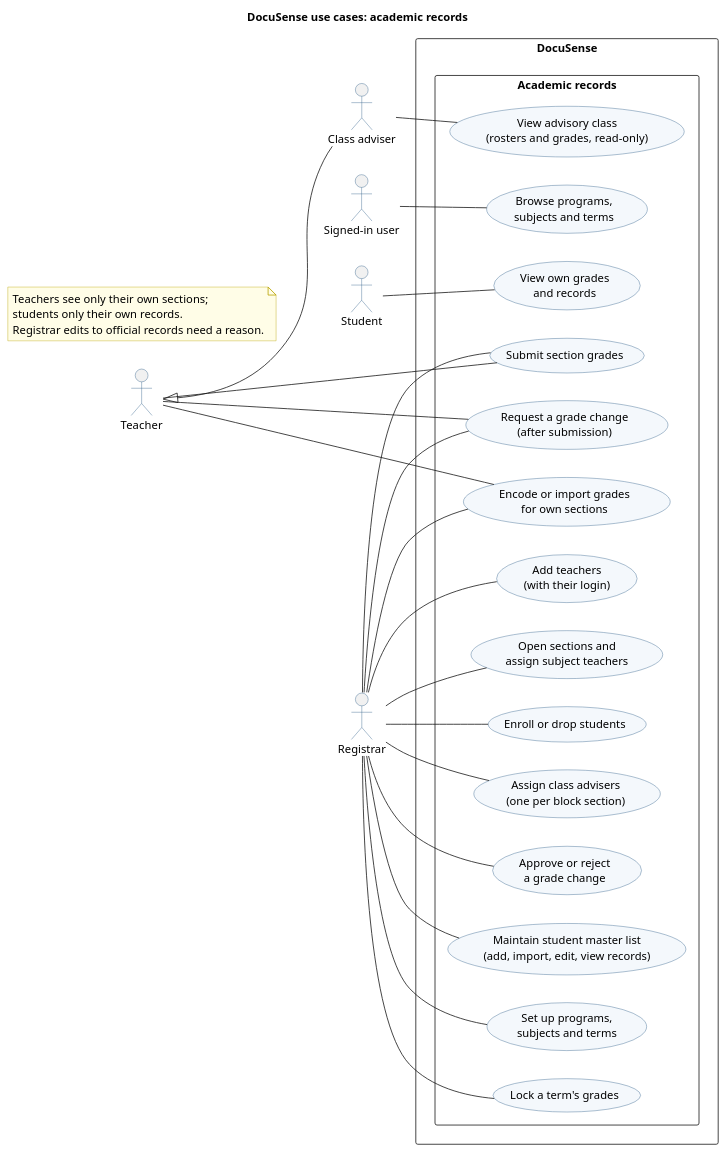
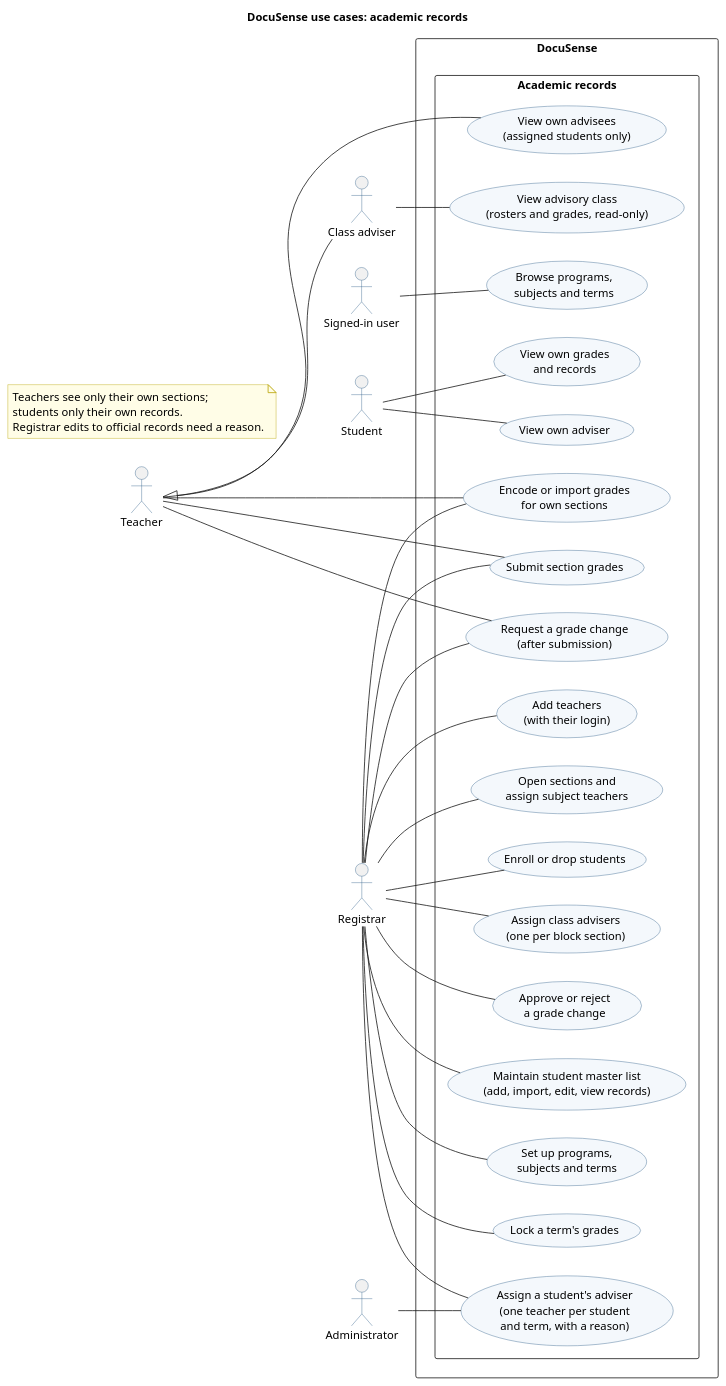
The diagram in docs/diagrams/use-cases-records.puml (docusense67/DocuSense), drawn with PlantUML before and after one commit. The commit also changed 31 other files, not shown here.

```diff
--- a/docs/diagrams/use-cases-records.puml
+++ b/docs/diagrams/use-cases-records.puml
@@ -1,87 +1,98 @@
 @startuml use-cases-records
 ' Use cases: academic records. Detail of the "records" package in use-cases.puml.
 '
 ' "' @routes <alias>: <METHOD path> | ..." lists the API routes behind a use case.
 ' backend/tests/test_use_case_diagram.py checks every actor link against
 ' backend/tests/test_access_matrix.py: edit both together.
 ' A use case that <<extend>>s another is also performed by that use case's actors.
 title DocuSense use cases: academic records
 left to right direction
 skinparam defaultFontSize 14
 skinparam shadowing false
 skinparam packageStyle rectangle
 skinparam usecase {
   BackgroundColor #F4F8FC
   BorderColor #2F5D8A
 }
 skinparam actor {
   BorderColor #2F5D8A
 }
 skinparam note {
   BackgroundColor #FFFDE7
   BorderColor #B8A200
 }
 
 actor "Signed-in user" as AnyUser
 actor "Student" as Student
 actor "Teacher" as Teacher
 actor "Class adviser" as Adviser
 actor "Registrar" as Registrar
+actor "Administrator" as Admin
 
 Adviser -up-|> Teacher
 
 rectangle "DocuSense" {
   package "Academic records" {
     usecase "Browse programs,\nsubjects and terms" as R_CATALOG
     ' @routes R_CATALOG: GET /api/programs | GET /api/subjects | GET /api/terms
     usecase "View own grades\nand records" as R_OWN
     ' @routes R_OWN: GET /api/students/me | GET /api/students/me/records
     usecase "View advisory class\n(rosters and grades, read-only)" as R_ADVISORY
     ' @routes R_ADVISORY: GET /api/advisory
     usecase "Encode or import grades\nfor own sections" as R_GRADES
     ' @routes R_GRADES: GET /api/sections | GET /api/sections/{section_id}/enrollments | GET /api/sections/{section_id}/grades | PUT /api/sections/{section_id}/grades | POST /api/sections/{section_id}/grades/import
     usecase "Submit section grades" as R_SUBMIT
     ' @routes R_SUBMIT: POST /api/sections/{section_id}/submit
     usecase "Request a grade change\n(after submission)" as R_CHANGE
     ' @routes R_CHANGE: GET /api/grade-change-requests | POST /api/grade-change-requests
     usecase "Approve or reject\na grade change" as R_DECIDE
     ' @routes R_DECIDE: POST /api/grade-change-requests/{request_id}/approve | POST /api/grade-change-requests/{request_id}/reject
     usecase "Maintain student master list\n(add, import, edit, view records)" as R_STUDENTS
     ' @routes R_STUDENTS: GET /api/students | POST /api/students | POST /api/students/import | GET /api/students/{student_id} | PATCH /api/students/{student_id} | GET /api/students/{student_id}/records
     usecase "Set up programs,\nsubjects and terms" as R_SETUP
     ' @routes R_SETUP: POST /api/programs | POST /api/subjects | POST /api/terms | POST /api/terms/{term_id}/set-current
     usecase "Lock a term's grades" as R_LOCK
     ' @routes R_LOCK: POST /api/terms/{term_id}/lock
     usecase "Add teachers\n(with their login)" as R_TEACHERS
     ' @routes R_TEACHERS: GET /api/teachers | POST /api/teachers
     usecase "Open sections and\nassign subject teachers" as R_SECTIONS
     ' @routes R_SECTIONS: POST /api/sections | PATCH /api/sections/{section_id}/teacher
     usecase "Enroll or drop students" as R_ENROLL
     ' @routes R_ENROLL: POST /api/enrollments | POST /api/sections/{section_id}/enroll | POST /api/enrollments/{enrollment_id}/drop
     usecase "Assign class advisers\n(one per block section)" as R_ADVISERS
     ' @routes R_ADVISERS: GET /api/section-advisers | PUT /api/section-advisers
+    usecase "Assign a student's adviser\n(one teacher per student\nand term, with a reason)" as R_STUDENT_ADVISERS
+    ' @routes R_STUDENT_ADVISERS: GET /api/student-advisers | PUT /api/student-advisers | GET /api/student-advisers/options
+    usecase "View own adviser" as R_MY_ADVISER
+    ' @routes R_MY_ADVISER: GET /api/students/me/advisers
+    usecase "View own advisees\n(assigned students only)" as R_ADVISEES
+    ' @routes R_ADVISEES: GET /api/advisees
   }
 }
 
 AnyUser -- R_CATALOG
 Student -- R_OWN
 Adviser -- R_ADVISORY
 Teacher -- R_GRADES
 Teacher -- R_SUBMIT
 Teacher -- R_CHANGE
 
 Registrar -- R_GRADES
 Registrar -- R_SUBMIT
 Registrar -- R_CHANGE
 Registrar -- R_DECIDE
 Registrar -- R_STUDENTS
 Registrar -- R_SETUP
 Registrar -- R_LOCK
 Registrar -- R_TEACHERS
 Registrar -- R_SECTIONS
 Registrar -- R_ENROLL
 Registrar -- R_ADVISERS
+Registrar -- R_STUDENT_ADVISERS
+Admin -- R_STUDENT_ADVISERS
+Student -- R_MY_ADVISER
+Teacher -- R_ADVISEES
 
 
 note "Teachers see only their own sections;\nstudents only their own records.\nRegistrar edits to official records need a reason." as N1
 @enduml
```
